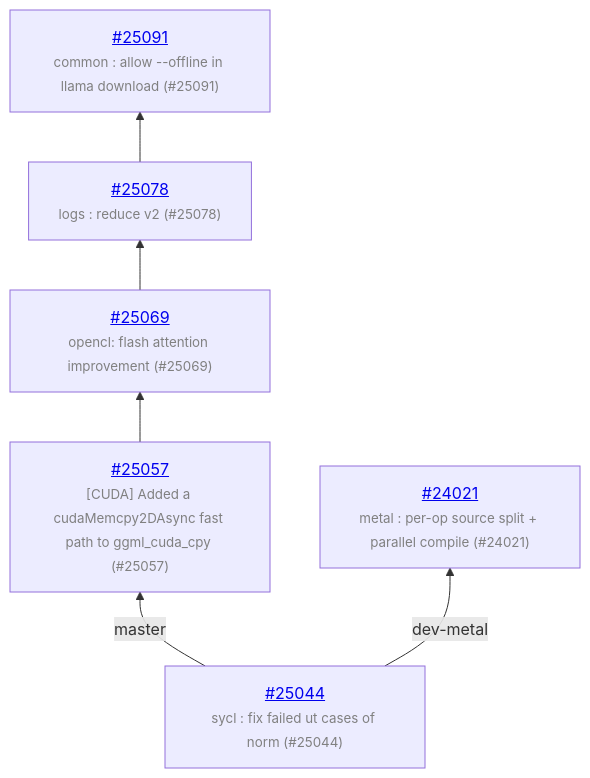
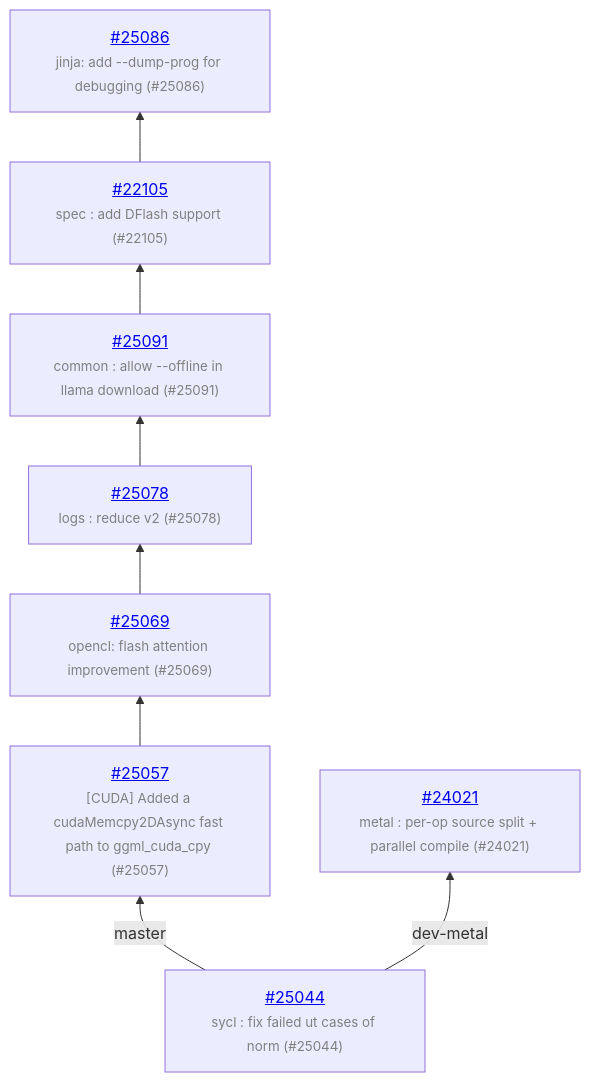
Before and after one commit to ggml-org/llama.cpp-dev: the diagram in README.md, drawn with Mermaid. The commit also changed other lines of this file and 1 other file, not shown here.

Commit message:
auto: update

````diff
--- a/README.md
+++ b/README.md
@@ -13,14 +13,18 @@
 ```mermaid
 graph BT
     COMMON["<a href='https://github.com/ggml-org/llama.cpp/pull/25044'>#25044</a><br/><span style='font-size:smaller;color:gray'>sycl : fix failed ut cases of norm (#25044)</span>"]
     COMMON -->|master| C_0ed235e
     C_0ed235e["<a href='https://github.com/ggml-org/llama.cpp/pull/25057'>#25057</a><br/><span style='font-size:smaller;color:gray'>[CUDA] Added a cudaMemcpy2DAsync fast path to ggml_cuda_cpy (#25057)</span>"]
     C_0ed235e --> C_ebd048f
     C_ebd048f["<a href='https://github.com/ggml-org/llama.cpp/pull/25069'>#25069</a><br/><span style='font-size:smaller;color:gray'>opencl: flash attention improvement (#25069)</span>"]
     C_ebd048f --> C_27c8bb4
     C_27c8bb4["<a href='https://github.com/ggml-org/llama.cpp/pull/25078'>#25078</a><br/><span style='font-size:smaller;color:gray'>logs : reduce v2 (#25078)</span>"]
     C_27c8bb4 --> C_c1a1c8e
     C_c1a1c8e["<a href='https://github.com/ggml-org/llama.cpp/pull/25091'>#25091</a><br/><span style='font-size:smaller;color:gray'>common : allow --offline in llama download (#25091)</span>"]
+    C_c1a1c8e --> C_d1b3425
+    C_d1b3425["<a href='https://github.com/ggml-org/llama.cpp/pull/22105'>#22105</a><br/><span style='font-size:smaller;color:gray'>spec : add DFlash support (#22105)</span>"]
+    C_d1b3425 --> C_f68a788
+    C_f68a788["<a href='https://github.com/ggml-org/llama.cpp/pull/25086'>#25086</a><br/><span style='font-size:smaller;color:gray'>jinja: add --dump-prog for debugging (#25086)</span>"]
     COMMON -->|dev-metal| C_f7c1df6
     C_f7c1df6["<a href='https://github.com/ggml-org/llama.cpp/pull/24021'>#24021</a><br/><span style='font-size:smaller;color:gray'>metal : per-op source split + parallel compile (#24021)</span>"]
 ```
````
